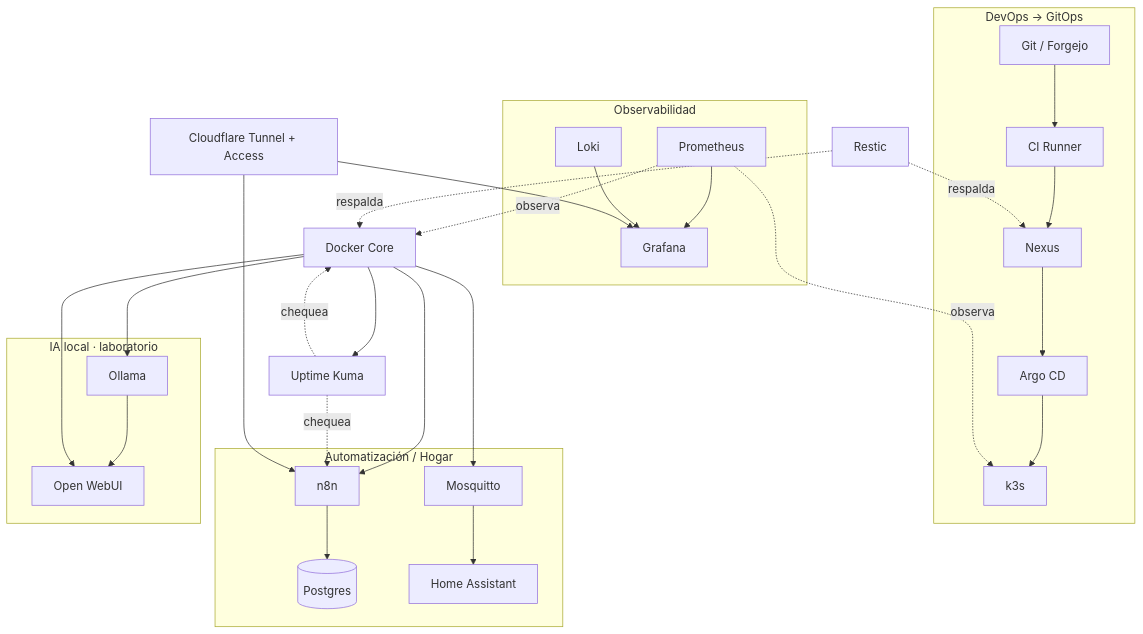
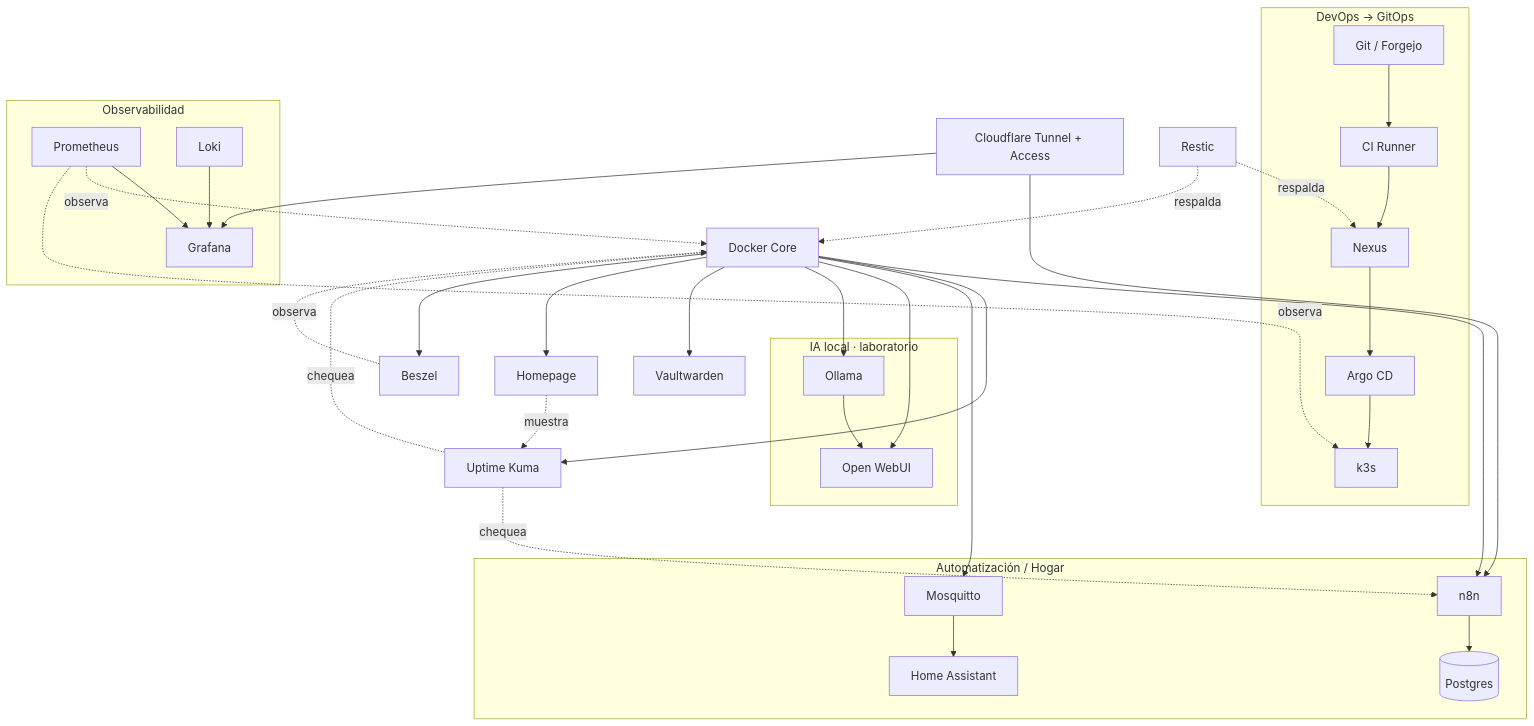
Before and after one commit to rudemex/oscar-homelab: the diagram in docs/servicios/catalogo.md, drawn with Mermaid. The commit also changed other lines of this file and 6 other files, not shown here.

````diff
--- a/docs/servicios/catalogo.md
+++ b/docs/servicios/catalogo.md
@@ -33,43 +36,51 @@
 ```mermaid
 flowchart TB
   subgraph DEVOPS["DevOps → GitOps"]
     GIT[Git / Forgejo] --> CI[CI Runner]
     CI --> NEXUS[Nexus]
     NEXUS --> ARGOCD[Argo CD]
     ARGOCD --> K3S[k3s]
   end
 
   DOCKER[Docker Core]
 
   subgraph OBS["Observabilidad"]
     PROM[Prometheus] --> GRAF[Grafana]
     LOKI[Loki] --> GRAF
   end
   KUMA[Uptime Kuma]
+  VAULT[Vaultwarden]
+  HOME[Homepage]
+  BESZEL[Beszel]
 
   subgraph AUTOM["Automatización / Hogar"]
     N8N[n8n] --> PGN8N[(Postgres)]
     MQTT[Mosquitto] --> HA[Home Assistant]
   end
 
   subgraph IALOCAL["IA local · laboratorio"]
     OLLAMA[Ollama] --> WEBUI[Open WebUI]
   end
 
   DOCKER --> N8N
   DOCKER --> KUMA
   DOCKER --> MQTT
   DOCKER --> WEBUI
   DOCKER --> OLLAMA
+  DOCKER --> VAULT
+  DOCKER --> HOME
+  DOCKER --> BESZEL
 
   PROM -.observa.-> DOCKER
   PROM -.observa.-> K3S
   KUMA -.chequea.-> DOCKER
   KUMA -.chequea.-> N8N
+  BESZEL -.observa.-> DOCKER
+  HOME -.muestra.-> KUMA
 
   TUNNEL[Cloudflare Tunnel + Access] --> GRAF
   TUNNEL --> N8N
 
   RESTIC[Restic] -.respalda.-> DOCKER
   RESTIC -.respalda.-> NEXUS
 ```
````
